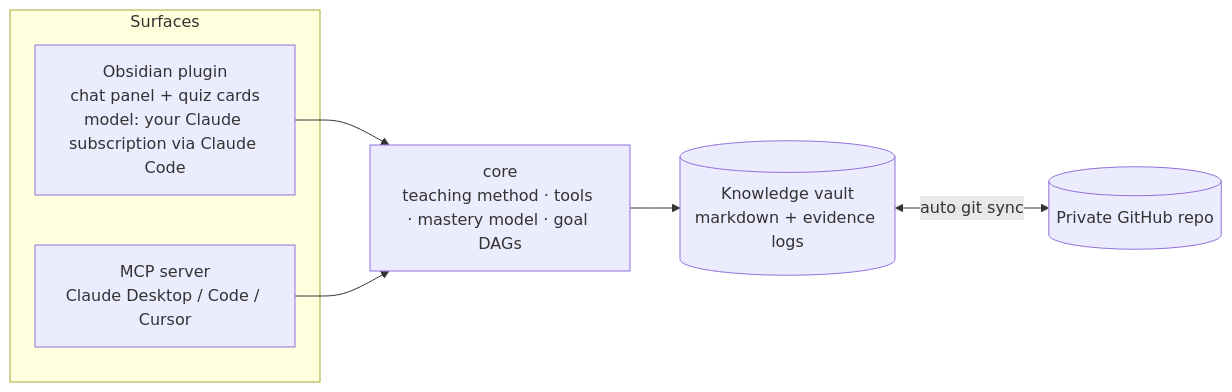
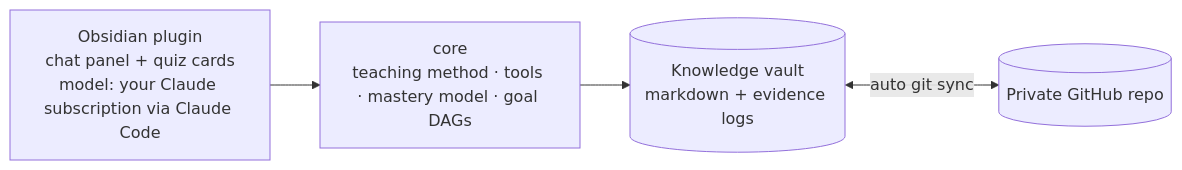
Before and after one commit to JonathanHarris15/Groundwork: the diagram in README.md, drawn with Mermaid. The commit also changed other lines of this file and 14 other files, not shown here.

````diff
--- a/README.md
+++ b/README.md
@@ -18,14 +18,10 @@
 ```mermaid
 graph LR
-  subgraph Surfaces
-    P[Obsidian plugin<br/>chat panel + quiz cards<br/>model: your Claude subscription via Claude Code]
-    M[MCP server<br/>Claude Desktop / Code / Cursor]
-  end
+  P[Obsidian plugin<br/>chat panel + quiz cards<br/>model: your Claude subscription via Claude Code]
   C[core<br/>teaching method · tools · mastery model · goal DAGs]
   V[(Knowledge vault<br/>markdown + evidence logs)]
   G[(Private GitHub repo)]
   P --> C
-  M --> C
   C --> V
   V <-->|auto git sync| G
 ```
````
